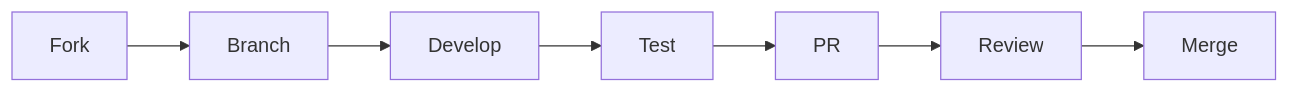
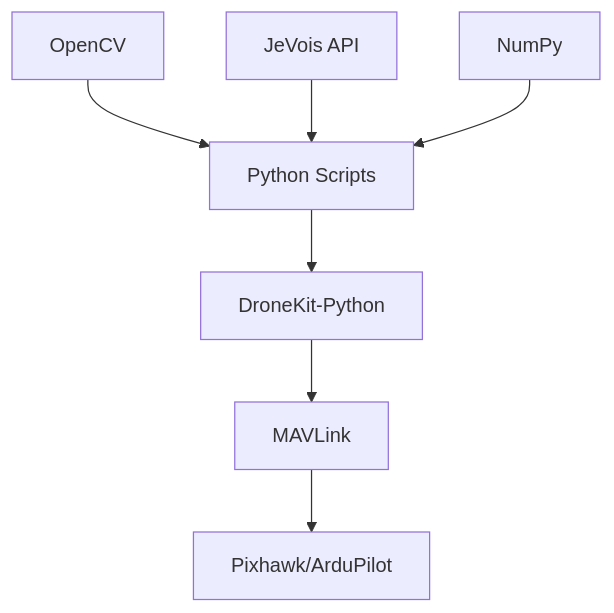
One commit to khairul-me/Autonomous-Rover-Control-System changed the third of 4 diagrams in README.md. Above: the diagram before and after it, drawn with Mermaid. The commit also changed other lines of this file, not shown here.

````diff
--- a/README.md
+++ b/README.md
@@ -284,9 +81,9 @@
 ```mermaid
-graph LR
-    A[Fork] -->B[Branch]
-    B --> C[Develop]
-    C --> D[Test]
-    D --> E[PR]
-    E --> F[Review]
-    F --> G[Merge]
+graph TD
+    A[Python Scripts] --> B[DroneKit-Python]
+    B --> C[MAVLink]
+    C --> D[Pixhawk/ArduPilot]
+    E[OpenCV] --> A
+    F[JeVois API] --> A
+    G[NumPy] --> A
 ```
````
